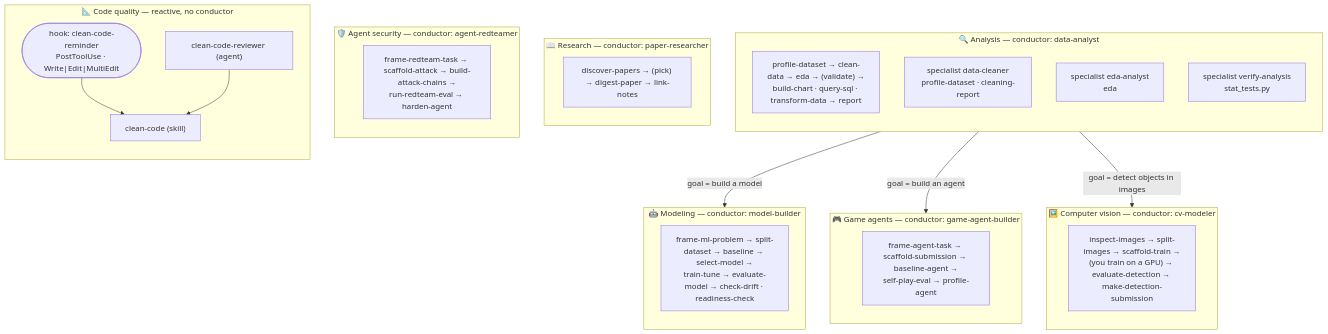
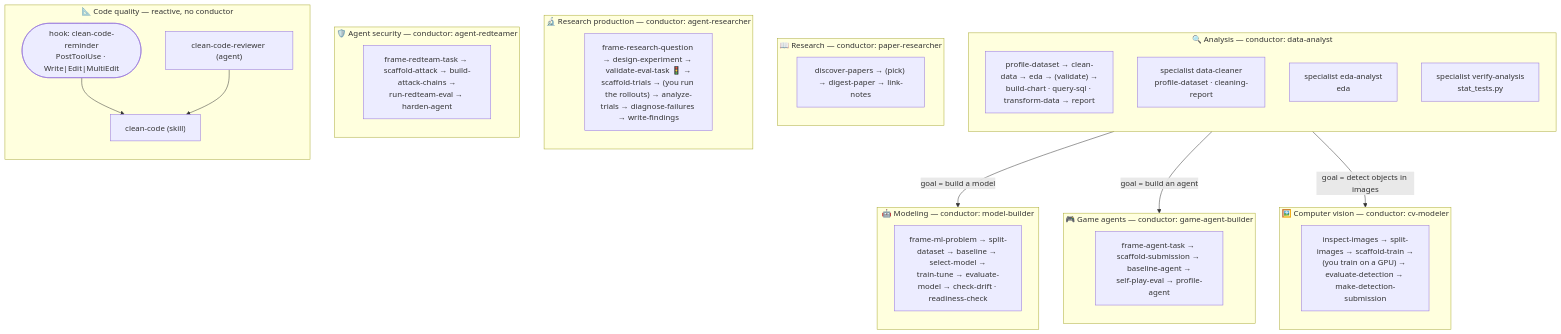
Before and after one commit to Alice-creator/claude-all-in-one-plugin: the diagram in README.md, drawn with Mermaid. The commit also changed other lines of this file and 22 other files, not shown here.

````diff
--- a/README.md
+++ b/README.md
@@ -9,38 +9,42 @@
 ```mermaid
 flowchart TB
     subgraph AN["🔍 Analysis — conductor: data-analyst"]
         direction TB
         ANF["profile-dataset → clean-data → eda → (validate) →<br/>build-chart · query-sql · transform-data → report"]
         DCL["specialist data-cleaner<br/>profile-dataset · cleaning-report"]
         EAN["specialist eda-analyst<br/>eda"]
         VAN["specialist verify-analysis<br/>stat_tests.py"]
     end
     subgraph ML["🤖 Modeling — conductor: model-builder"]
         direction TB
         MLF["frame-ml-problem → split-dataset → baseline → select-model →<br/>train-tune → evaluate-model → check-drift · readiness-check"]
     end
     subgraph RP["📖 Research — conductor: paper-researcher"]
         direction TB
         RPF["discover-papers → (pick) → digest-paper → link-notes"]
+    end
+    subgraph RS["🔬 Research production — conductor: agent-researcher"]
+        direction TB
+        RSF["frame-research-question → design-experiment → validate-eval-task 🚦 →<br/>scaffold-trials → (you run the rollouts) → analyze-trials → diagnose-failures → write-findings"]
     end
     subgraph GA["🎮 Game agents — conductor: game-agent-builder"]
         direction TB
         GAF["frame-agent-task → scaffold-submission → baseline-agent →<br/>self-play-eval → profile-agent"]
     end
     subgraph SEC["🛡️ Agent security — conductor: agent-redteamer"]
         direction TB
         SECF["frame-redteam-task → scaffold-attack → build-attack-chains →<br/>run-redteam-eval → harden-agent"]
     end
     subgraph CV["🖼️ Computer vision — conductor: cv-modeler"]
         direction TB
         CVF["inspect-images → split-images → scaffold-train →<br/>(you train on a GPU) → evaluate-detection → make-detection-submission"]
     end
     subgraph CQ["📐 Code quality — reactive, no conductor"]
         direction TB
         HK(["hook: clean-code-reminder<br/>PostToolUse · Write|Edit|MultiEdit"]) --> CCS["clean-code (skill)"]
         CCR["clean-code-reviewer (agent)"] --> CCS
     end
     AN -->|"goal = build a model"| ML
     AN -->|"goal = build an agent"| GA
     AN -->|"goal = detect objects in images"| CV
 ```
````
